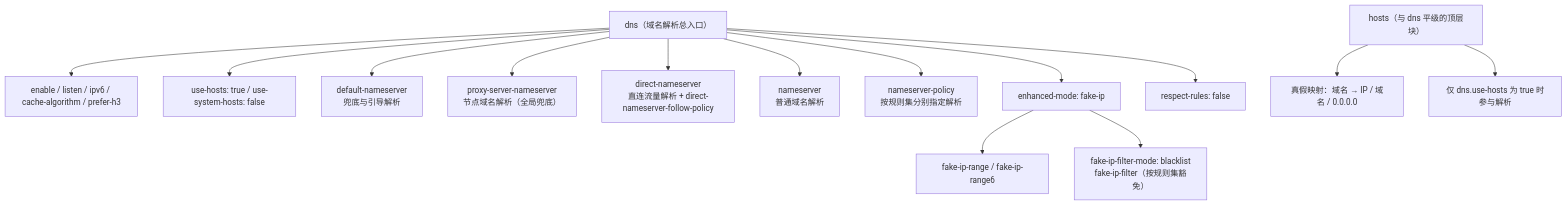
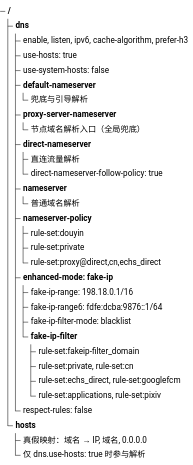
Before and after one commit to XVSVTsama/XVSVT-Clash-Config: the first of 6 diagrams in README.md, drawn with Mermaid. The commit also changed other lines of this file, not shown here.

Commit message:
Use vertical DNS tree, split hosts/DNS into three flows, rework rule-set Venn

````diff
--- a/README.md
+++ b/README.md
@@ -69,18 +69,33 @@
 ```mermaid
-flowchart TD
-  DNS["dns（域名解析总入口）"]
-  DNS --> F1["enable / listen / ipv6 / cache-algorithm / prefer-h3"]
-  DNS --> F2["use-hosts: true / use-system-hosts: false"]
-  DNS --> F3["default-nameserver<br/>兜底与引导解析"]
-  DNS --> F4["proxy-server-nameserver<br/>节点域名解析（全局兜底）"]
-  DNS --> F5["direct-nameserver<br/>直连流量解析 + direct-nameserver-follow-policy"]
-  DNS --> F6["nameserver<br/>普通域名解析"]
-  DNS --> F7["nameserver-policy<br/>按规则集分别指定解析"]
-  DNS --> F8["enhanced-mode: fake-ip"]
-  F8 --> F8a["fake-ip-range / fake-ip-range6"]
-  F8 --> F8b["fake-ip-filter-mode: blacklist<br/>fake-ip-filter（按规则集豁免）"]
-  DNS --> F9["respect-rules: false"]
-  HOSTS["hosts（与 dns 平级的顶层块）"]
-  HOSTS --> H1["真假映射：域名 → IP / 域名 / 0.0.0.0"]
-  HOSTS --> H2["仅 dns.use-hosts 为 true 时参与解析"]
+treeView-beta
+    dns/
+        enable, listen, ipv6, cache-algorithm, prefer-h3
+        use-hosts: true
+        use-system-hosts: false
+        default-nameserver/
+            兜底与引导解析
+        proxy-server-nameserver/
+            节点域名解析入口（全局兜底）
+        direct-nameserver/
+            直连流量解析
+            direct-nameserver-follow-policy: true
+        nameserver/
+            普通域名解析
+        nameserver-policy/
+            rule-set:douyin
+            rule-set:private
+            rule-set:proxy@direct,cn,echs_direct
+        enhanced-mode: fake-ip/
+            fake-ip-range: 198.18.0.1/16
+            fake-ip-range6: fdfe:dcba:9876::1/64
+            fake-ip-filter-mode: blacklist
+            fake-ip-filter/
+                rule-set:fakeip-filter_domain
+                rule-set:private, rule-set:cn
+                rule-set:echs_direct, rule-set:googlefcm
+                rule-set:applications, rule-set:pixiv
+        respect-rules: false
+    hosts/
+        真假映射：域名 → IP, 域名, 0.0.0.0
+        仅 dns.use-hosts: true 时参与解析
 ```
````
